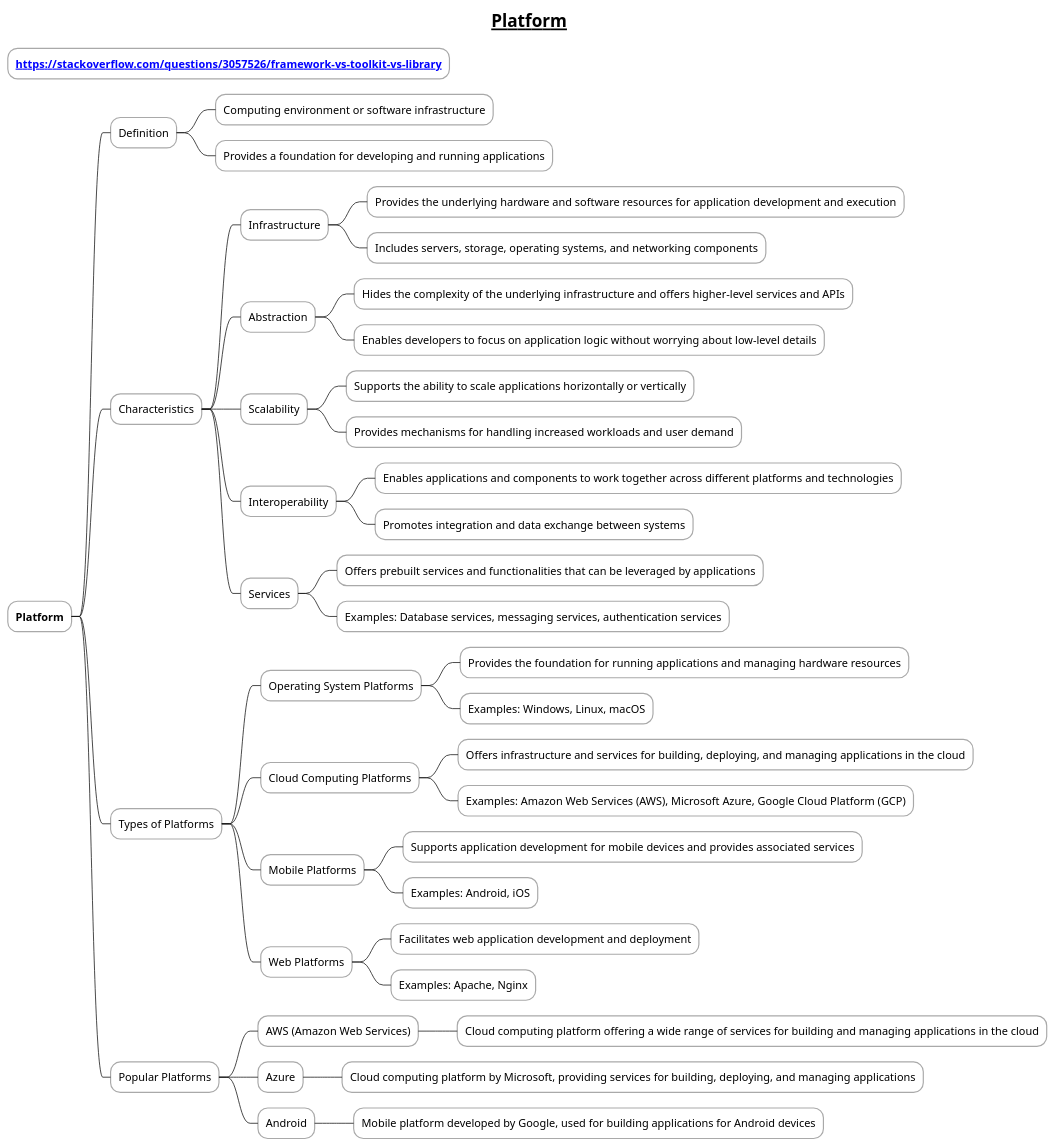
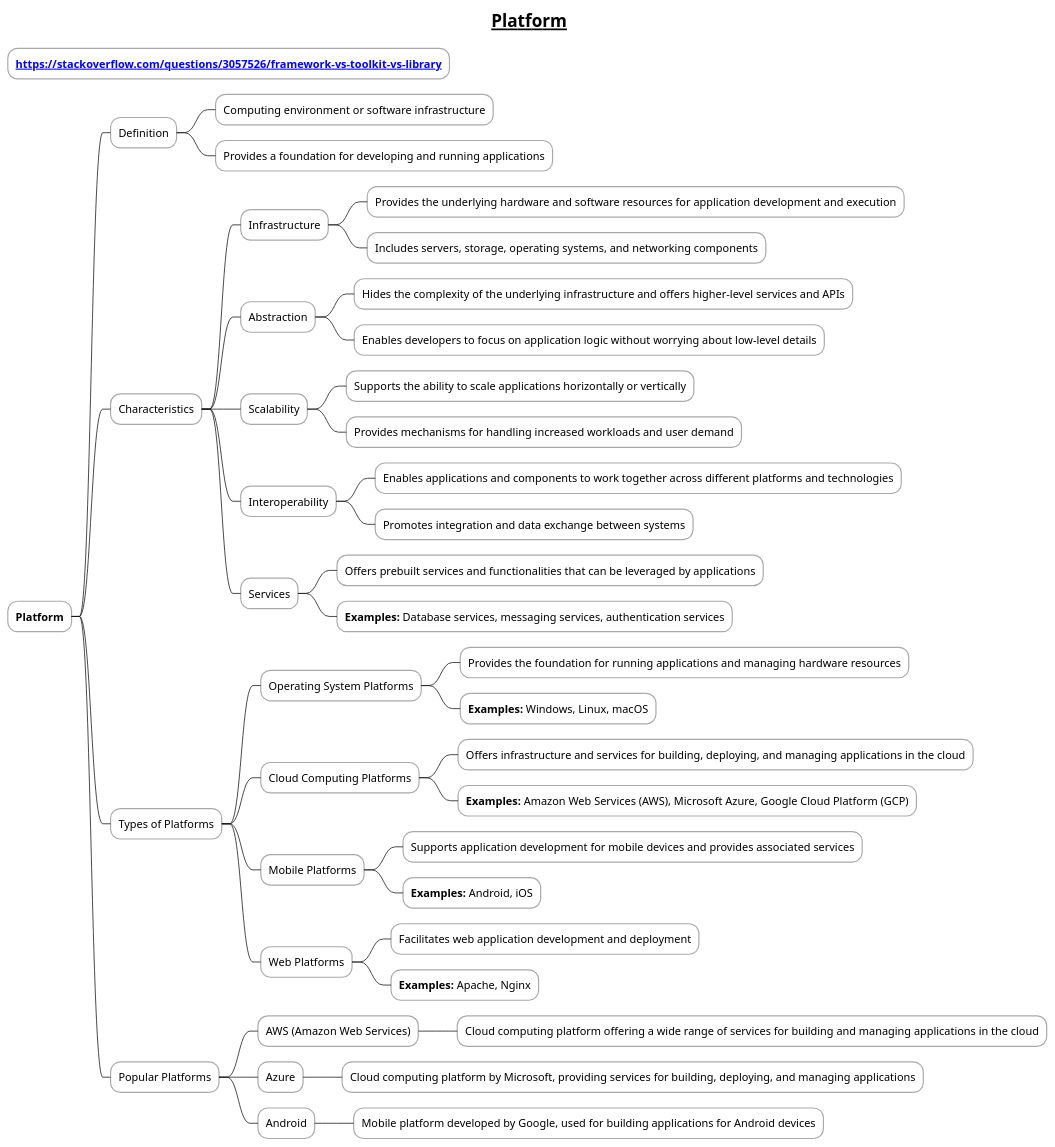
Before and after one commit to MehmoodHashmi/Documentation-as-Code-DaC: the diagram in docs/3-programming-languages/Platform.puml, drawn with PlantUML.

```diff
--- a/docs/3-programming-languages/Platform.puml
+++ b/docs/3-programming-languages/Platform.puml
@@ -1,72 +1,72 @@
 @startmindmap
 
 skinparam node {
     BorderColor DarkGray
     BackgroundColor White
 }
 
 skinparam connector {
     LineColor DarkGray
 }
 
 title =__ Platform__
 
 * **[[https://stackoverflow.com/questions/3057526/framework-vs-toolkit-vs-library]]**
 * **Platform**
 
 ** Definition
 *** Computing environment or software infrastructure
 *** Provides a foundation for developing and running applications
 
 ** Characteristics
 
 *** Infrastructure
 **** Provides the underlying hardware and software resources for application development and execution
 **** Includes servers, storage, operating systems, and networking components
 
 *** Abstraction
 **** Hides the complexity of the underlying infrastructure and offers higher-level services and APIs
 **** Enables developers to focus on application logic without worrying about low-level details
 
 *** Scalability
 **** Supports the ability to scale applications horizontally or vertically
 **** Provides mechanisms for handling increased workloads and user demand
 
 *** Interoperability
 **** Enables applications and components to work together across different platforms and technologies
 **** Promotes integration and data exchange between systems
 
 *** Services
 **** Offers prebuilt services and functionalities that can be leveraged by applications
-**** Examples: Database services, messaging services, authentication services
+**** **Examples:** Database services, messaging services, authentication services
 
 ** Types of Platforms
 
 *** Operating System Platforms
 **** Provides the foundation for running applications and managing hardware resources
-**** Examples: Windows, Linux, macOS
+**** **Examples:** Windows, Linux, macOS
 
 *** Cloud Computing Platforms
 **** Offers infrastructure and services for building, deploying, and managing applications in the cloud
-**** Examples: Amazon Web Services (AWS), Microsoft Azure, Google Cloud Platform (GCP)
+**** **Examples:** Amazon Web Services (AWS), Microsoft Azure, Google Cloud Platform (GCP)
 
 *** Mobile Platforms
 **** Supports application development for mobile devices and provides associated services
-**** Examples: Android, iOS
+**** **Examples:** Android, iOS
 
 *** Web Platforms
 **** Facilitates web application development and deployment
-**** Examples: Apache, Nginx
+**** **Examples:** Apache, Nginx
 
 ** Popular Platforms
 
 *** AWS (Amazon Web Services)
 **** Cloud computing platform offering a wide range of services for building and managing applications in the cloud
 
 *** Azure
 **** Cloud computing platform by Microsoft, providing services for building, deploying, and managing applications
 
 *** Android
 **** Mobile platform developed by Google, used for building applications for Android devices
 
 @endmindmap
```
